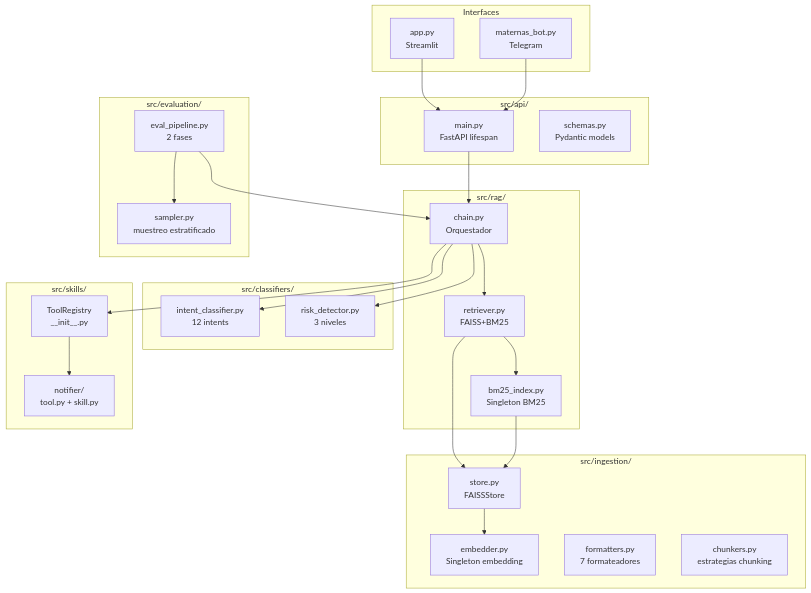
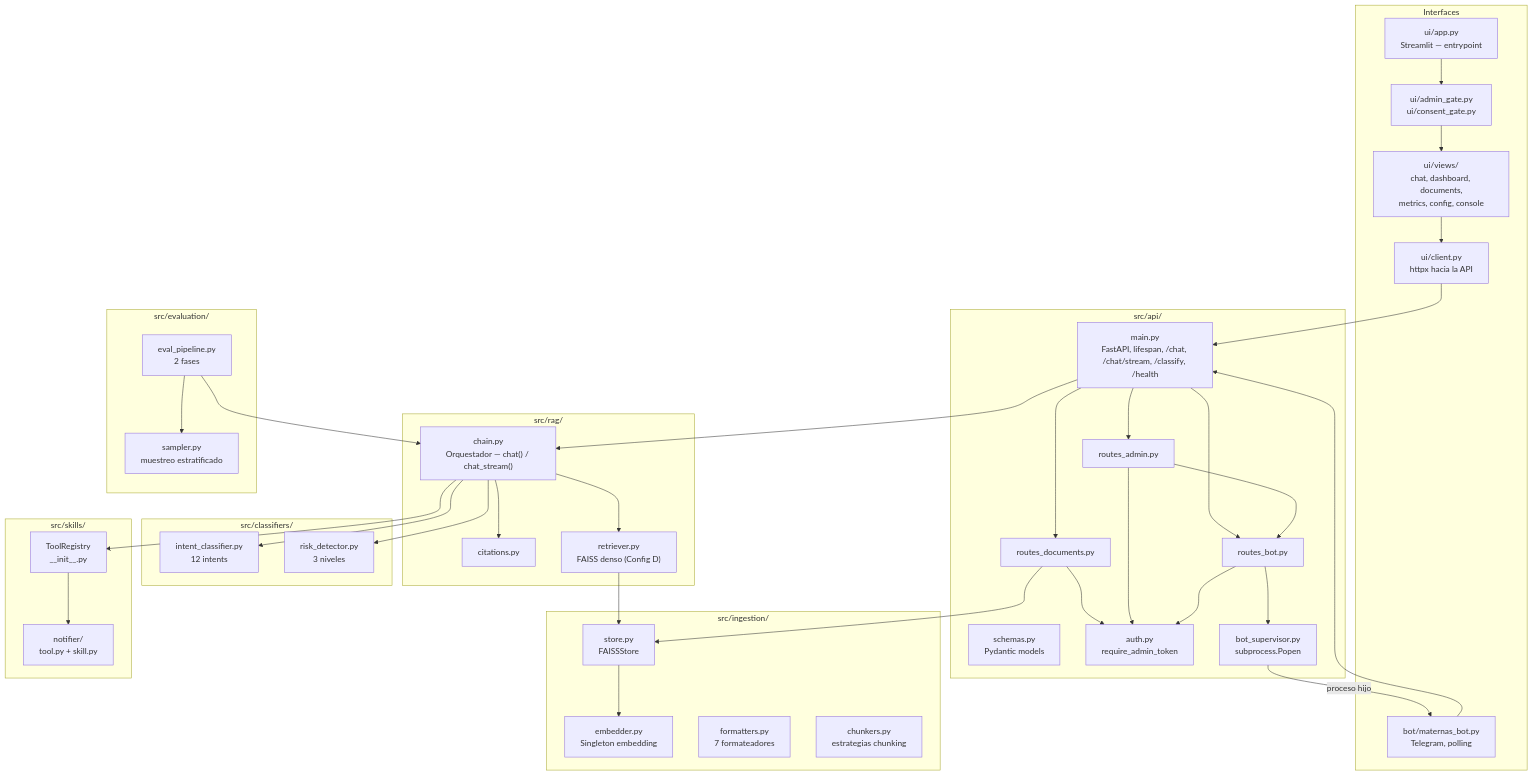
Before and after one commit to elrios893/maternas-rag: the fifth of 9 diagrams in docs/DOCUMENTACION.md, drawn with Mermaid. The commit also changed other lines of this file, not shown here.

First line of the commit message:
docs: corregir limitaciones desactualizadas y saltos de linea en mermaid

````diff
--- a/docs/DOCUMENTACION.md
+++ b/docs/DOCUMENTACION.md
@@ -357,55 +509,69 @@
 ```mermaid
 graph TD
     subgraph Interfaces
-        UI[app.py\nStreamlit]
-        BOT[maternas_bot.py\nTelegram]
+        UI["ui/app.py<br/>Streamlit — entrypoint"]
+        VIEWS["ui/views/<br/>chat, dashboard, documents,<br/>metrics, config, console"]
+        GATE["ui/admin_gate.py<br/>ui/consent_gate.py"]
+        CLIENT["ui/client.py<br/>httpx hacia la API"]
+        BOT["bot/maternas_bot.py<br/>Telegram, polling"]
     end
 
     subgraph API["src/api/"]
-        MAIN[main.py\nFastAPI lifespan]
-        SCH[schemas.py\nPydantic models]
+        MAIN["main.py<br/>FastAPI, lifespan, /chat, /chat/stream, /classify, /health"]
+        SCH["schemas.py<br/>Pydantic models"]
+        AUTH["auth.py<br/>require_admin_token"]
+        RDOC["routes_documents.py"]
+        RADM["routes_admin.py"]
+        RBOT["routes_bot.py"]
+        SUP["bot_supervisor.py<br/>subprocess.Popen"]
     end
 
     subgraph Core["src/rag/"]
-        CHAIN[chain.py\nOrquestador]
-        RTR[retriever.py\nFAISS+BM25]
-        BM25[bm25_index.py\nSingleton BM25]
+        CHAIN["chain.py<br/>Orquestador — chat() / chat_stream()"]
+        CITE["citations.py"]
+        RTR["retriever.py<br/>FAISS denso (Config D)"]
     end
 
     subgraph Classifiers["src/classifiers/"]
-        IC[intent_classifier.py\n12 intents]
-        RD[risk_detector.py\n3 niveles]
+        IC["intent_classifier.py<br/>12 intents"]
+        RD["risk_detector.py<br/>3 niveles"]
     end
 
     subgraph Ingestion["src/ingestion/"]
-        STORE[store.py\nFAISSStore]
-        EMB[embedder.py\nSingleton embedding]
-        FMT[formatters.py\n7 formateadores]
-        CHK[chunkers.py\nestrategias chunking]
+        STORE["store.py<br/>FAISSStore"]
+        EMB["embedder.py<br/>Singleton embedding"]
+        FMT["formatters.py<br/>7 formateadores"]
+        CHK["chunkers.py<br/>estrategias chunking"]
     end
 
     subgraph Skills["src/skills/"]
-        REG[ToolRegistry\n__init__.py]
-        NTFY[notifier/\ntool.py + skill.py]
+        REG["ToolRegistry<br/>__init__.py"]
+        NTFY["notifier/<br/>tool.py + skill.py"]
     end
 
     subgraph Eval["src/evaluation/"]
-        PIPE[eval_pipeline.py\n2 fases]
-        SAMP[sampler.py\nmuestreo estratificado]
+        PIPE["eval_pipeline.py<br/>2 fases"]
+        SAMP["sampler.py<br/>muestreo estratificado"]
     end
 
-    UI --> MAIN
+    UI --> GATE --> VIEWS --> CLIENT
+    CLIENT --> MAIN
     BOT --> MAIN
     MAIN --> CHAIN
+    MAIN --> RDOC & RADM & RBOT
+    RDOC & RADM & RBOT --> AUTH
+    RADM --> RBOT
+    RBOT --> SUP
+    SUP -->|proceso hijo| BOT
     CHAIN --> IC
     CHAIN --> RD
     CHAIN --> RTR
+    CHAIN --> CITE
     CHAIN --> REG
+    RDOC --> STORE
     RTR --> STORE
-    RTR --> BM25
-    BM25 --> STORE
     STORE --> EMB
     REG --> NTFY
     PIPE --> CHAIN
     PIPE --> SAMP
 ```
````
